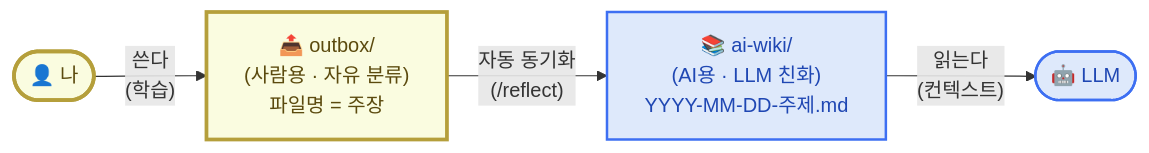
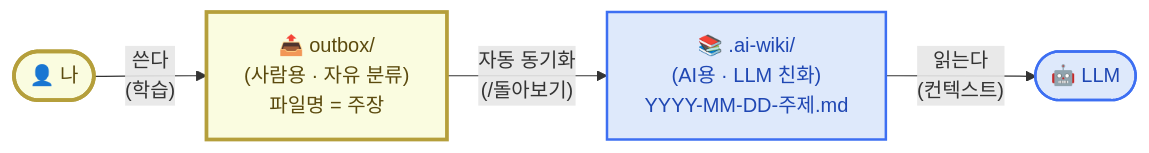
Before and after one commit to effectiveai-io/my-learning-agent: the first of 2 diagrams in content/week2/mechanism.mdx, drawn with Mermaid. The commit also changed other lines of this file and 4 other files, not shown here.

````diff
--- a/content/week2/mechanism.mdx
+++ b/content/week2/mechanism.mdx
@@ -28,20 +28,20 @@
 ```mermaid
 flowchart LR
     Me(["👤 나"])
     Out["📤 outbox/<br/>(사람용 · 자유 분류)<br/>파일명 = 주장"]
-    AI["📚 ai-wiki/<br/>(AI용 · LLM 친화)<br/>YYYY-MM-DD-주제.md"]
+    AI["📚 .ai-wiki/<br/>(AI용 · LLM 친화)<br/>YYYY-MM-DD-주제.md"]
     LLM(["🤖 LLM"])
 
     Me -- "쓴다<br/>(학습)" --> Out
-    Out -- "자동 동기화<br/>(/reflect)" --> AI
+    Out -- "자동 동기화<br/>(/돌아보기)" --> AI
     AI -- "읽는다<br/>(컨텍스트)" --> LLM
 
     classDef me fill:#fafce0,stroke:#b59f3b,stroke-width:3px,color:#5b4a0e
     classDef out fill:#fafce0,stroke:#b59f3b,stroke-width:3px,color:#5b4a0e
     classDef ai fill:#dee9fb,stroke:#3d6ff2,stroke-width:2px,color:#1f47b3
     classDef llm fill:#dee9fb,stroke:#3d6ff2,stroke-width:2px,color:#1f47b3
     class Me me
     class Out out
     class AI ai
     class LLM llm
 ```
````
